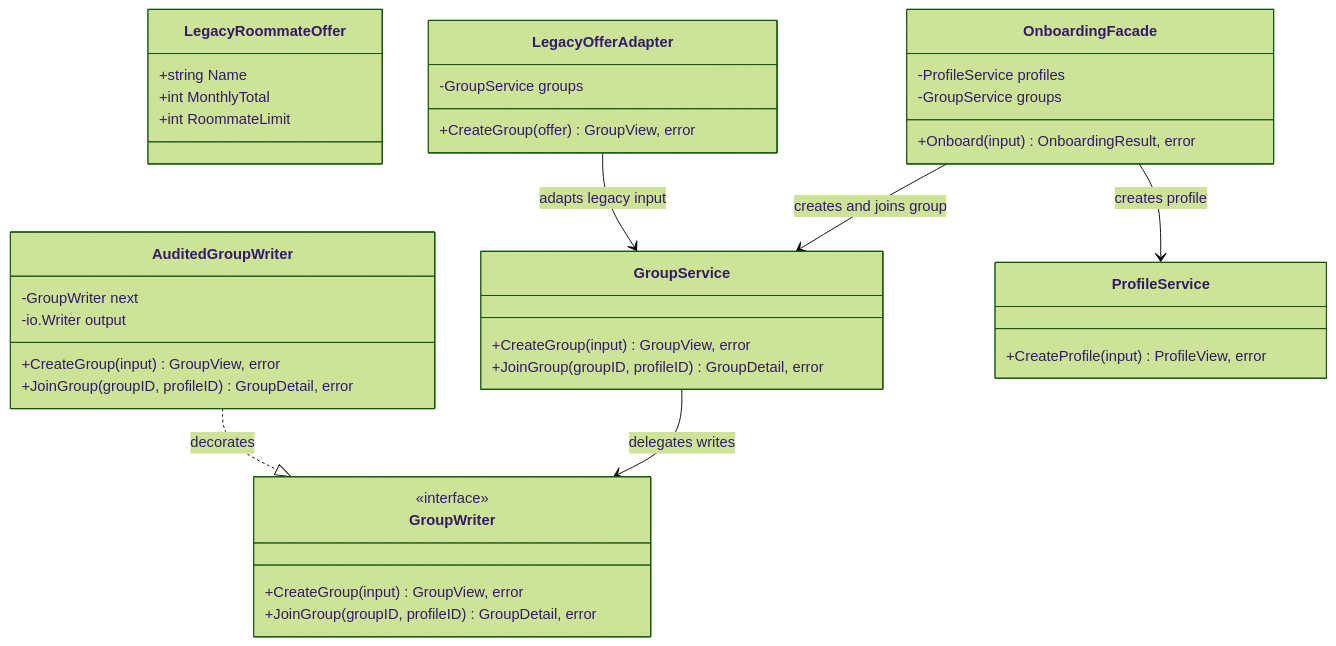
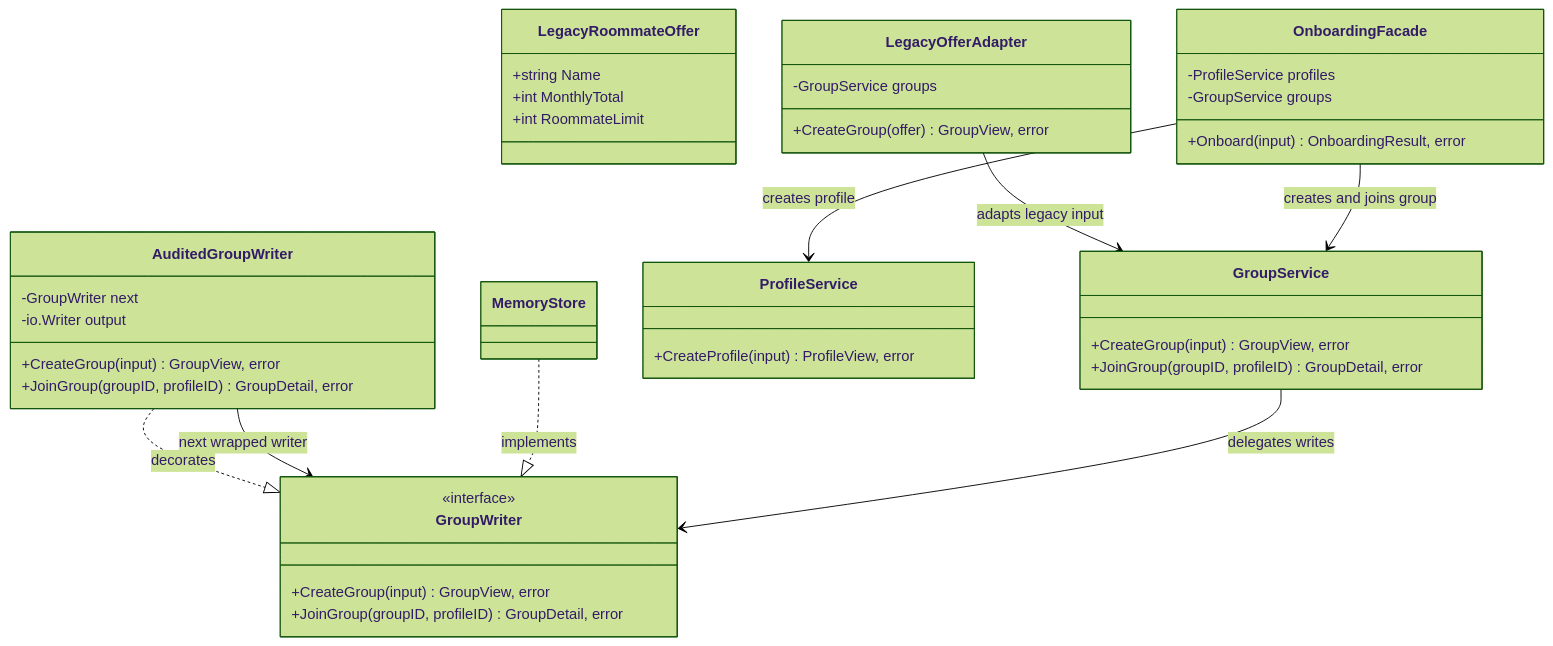
One commit to Lucian-Adrian/sem5-software-design changed the diagram in lab-02/report.md. Above: the diagram before and after it, drawn with Mermaid (forest theme). The commit also changed other lines of this file and 13 other files, not shown here.

````diff
--- a/lab-02/report.md
+++ b/lab-02/report.md
@@ -295,41 +307,44 @@
 ```mermaid
 classDiagram
     class LegacyRoommateOffer {
         +string Name
         +int MonthlyTotal
         +int RoommateLimit
     }
     class LegacyOfferAdapter {
         -GroupService groups
         +CreateGroup(offer) GroupView, error
     }
     class AuditedGroupWriter {
         -GroupWriter next
         -io.Writer output
         +CreateGroup(input) GroupView, error
         +JoinGroup(groupID, profileID) GroupDetail, error
     }
     class OnboardingFacade {
         -ProfileService profiles
         -GroupService groups
         +Onboard(input) OnboardingResult, error
     }
     class GroupService {
         +CreateGroup(input) GroupView, error
         +JoinGroup(groupID, profileID) GroupDetail, error
     }
     class ProfileService {
         +CreateProfile(input) ProfileView, error
     }
     class GroupWriter {
         <<interface>>
         +CreateGroup(input) GroupView, error
         +JoinGroup(groupID, profileID) GroupDetail, error
     }
+    class MemoryStore
 
     LegacyOfferAdapter --> GroupService : adapts legacy input
     AuditedGroupWriter ..|> GroupWriter : decorates
+    AuditedGroupWriter --> GroupWriter : next wrapped writer
+    MemoryStore ..|> GroupWriter : implements
     GroupService --> GroupWriter : delegates writes
     OnboardingFacade --> ProfileService : creates profile
     OnboardingFacade --> GroupService : creates and joins group
 ```
````
